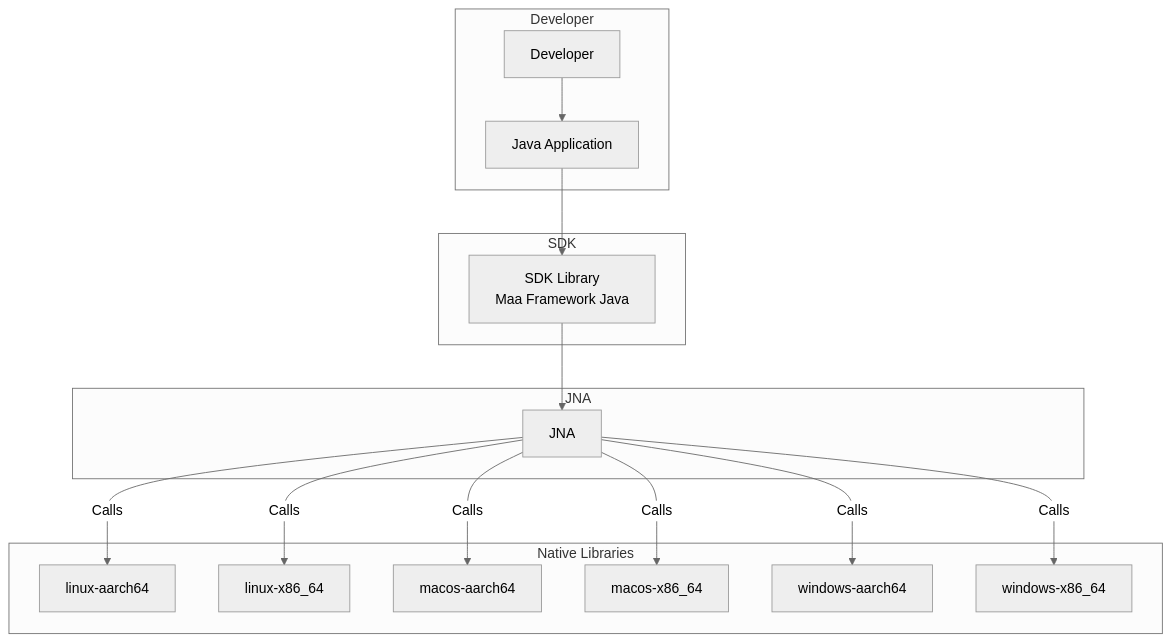
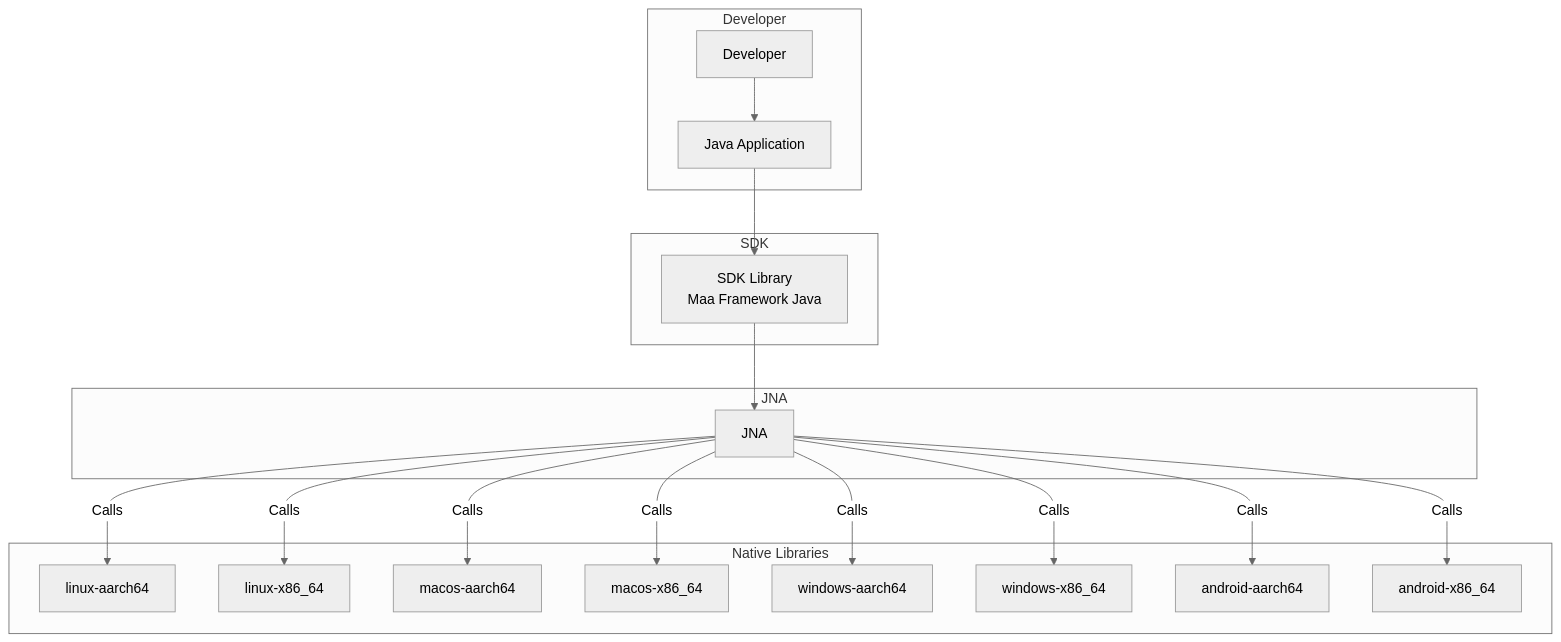
The diagram in README.md (hanhuoer/maa-framework-java), drawn with Mermaid (neutral theme) before and after one commit. The commit also changed other lines of this file, not shown here.

````diff
--- a/README.md
+++ b/README.md
@@ -3,34 +3,38 @@
 ```mermaid
 graph TD
     subgraph Developer
         A[Developer]
         B[Java Application]
     end
 
     subgraph SDK
         C[SDK Library\nMaa Framework Java\n]
     end
 
     subgraph JNA
         D[JNA]
     end
 
     subgraph Native Libraries
         E1[linux-aarch64]
         E2[linux-x86_64]
         E3[macos-aarch64]
         E4[macos-x86_64]
         E5[windows-aarch64]
         E6[windows-x86_64]
+        E7[android-aarch64]
+        E8[android-x86_64]
     end
 
     A --> B
     B --> C
     C --> D
     D --> |Calls| E1
     D --> |Calls| E2
     D --> |Calls| E3
     D --> |Calls| E4
     D --> |Calls| E5
     D --> |Calls| E6
+    D -->|Calls| E7
+    D -->|Calls| E8
 ```
````
